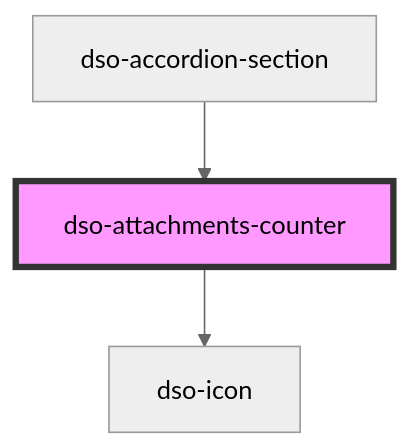
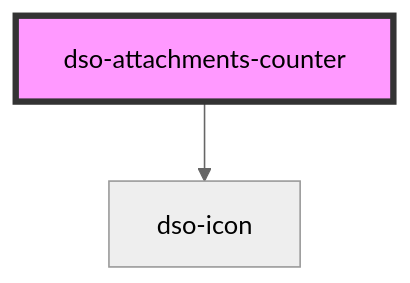
One commit to dso-toolkit/dso-toolkit changed the diagram in packages/core/src/components/attachments-counter/readme.md. Above: the diagram before and after it, drawn with Mermaid (neutral theme). The commit also changed other lines of this file and 20 other files, not shown here.

````diff
--- a/packages/core/src/components/attachments-counter/readme.md
+++ b/packages/core/src/components/attachments-counter/readme.md
@@ -24,6 +20,5 @@
 ```mermaid
 graph TD;
   dso-attachments-counter --> dso-icon
-  dso-accordion-section --> dso-attachments-counter
   style dso-attachments-counter fill:#f9f,stroke:#333,stroke-width:4px
 ```
````
